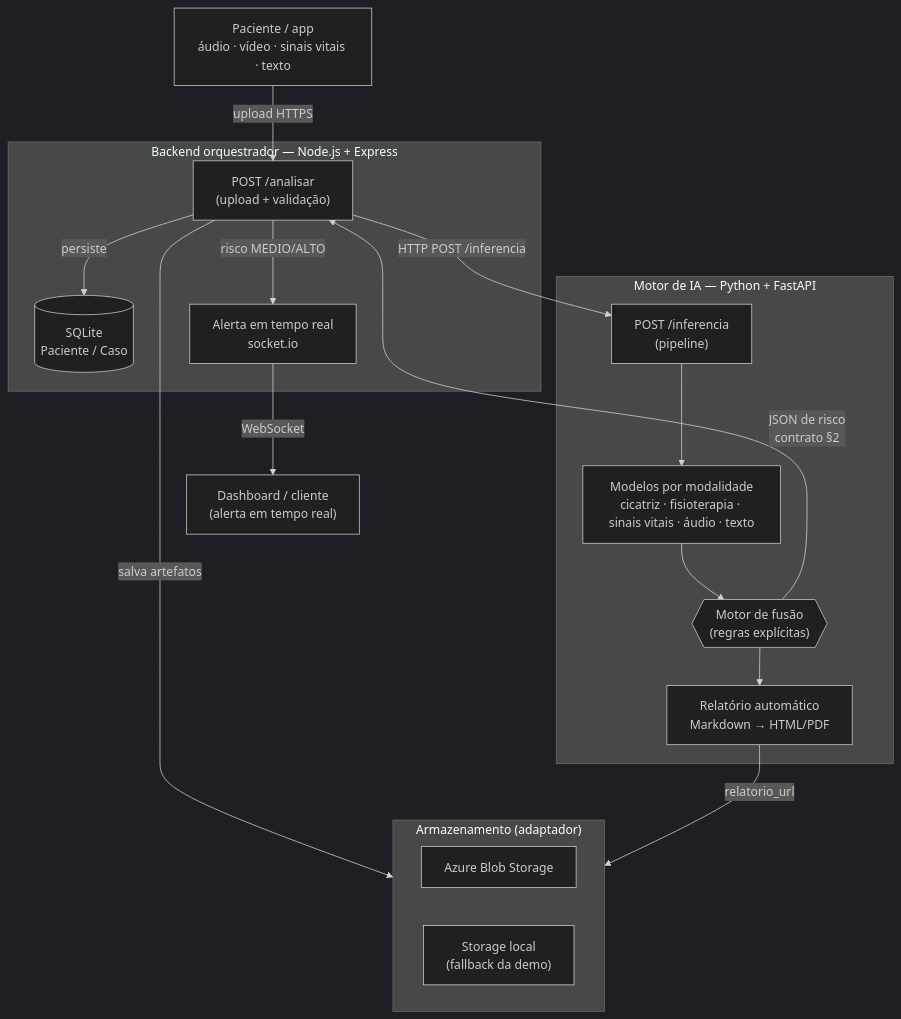
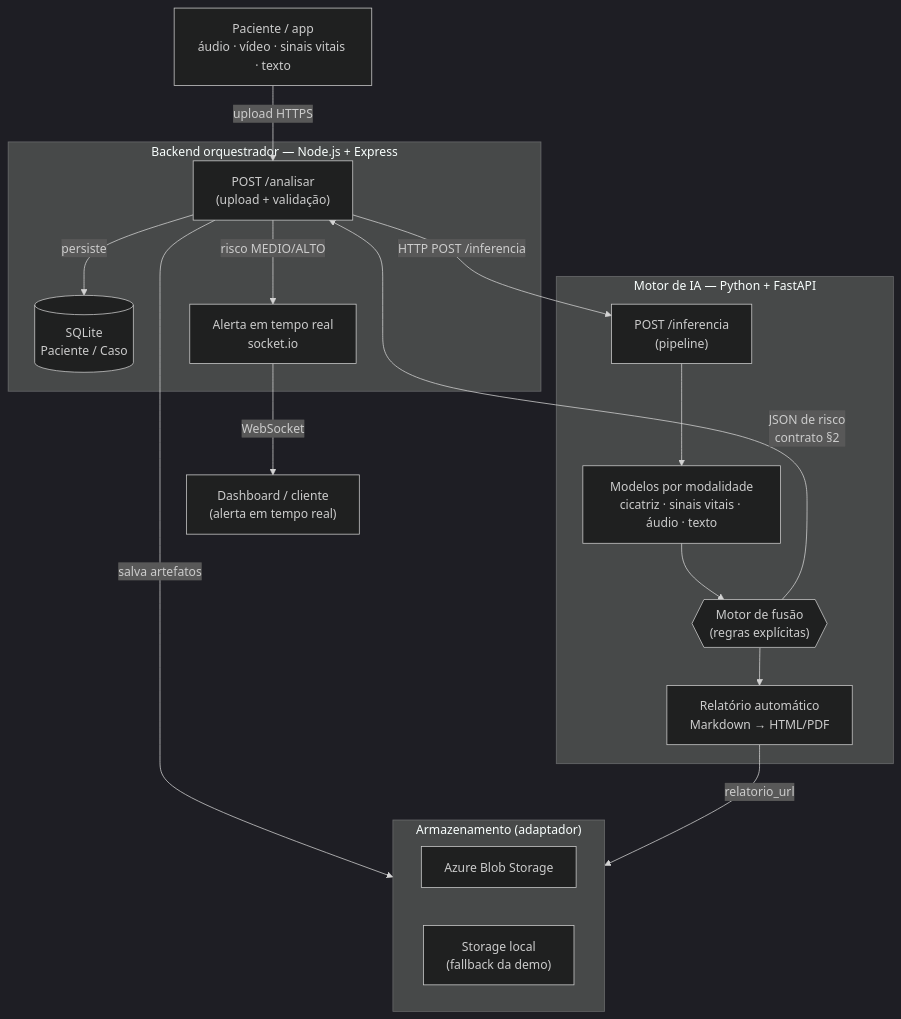
One commit to nurycaroline/8iadt-tc-fase4 changed the diagram in docs/relatorio-tecnico.md. Above: the diagram before and after it, drawn with Mermaid (dark theme). The commit also changed other lines of this file and 60 other files, not shown here.

````diff
--- a/docs/relatorio-tecnico.md
+++ b/docs/relatorio-tecnico.md
@@ -55,32 +55,32 @@
 ```mermaid
 flowchart TD
     P["Paciente / app<br/>áudio · vídeo · sinais vitais · texto"] -->|upload HTTPS| N
 
     subgraph ORQ["Backend orquestrador — Node.js + Express"]
         N["POST /analisar<br/>(upload + validação)"]
         DB[("SQLite<br/>Paciente / Caso")]
         RT["Alerta em tempo real<br/>socket.io"]
     end
 
     subgraph STO["Armazenamento (adaptador)"]
         AZ["Azure Blob Storage"]
         LOC["Storage local<br/>(fallback da demo)"]
     end
 
     subgraph IA["Motor de IA — Python + FastAPI"]
         API["POST /inferencia<br/>(pipeline)"]
-        MODS["Modelos por modalidade<br/>cicatriz · fisioterapia · sinais vitais · áudio · texto"]
+        MODS["Modelos por modalidade<br/>cicatriz · sinais vitais · áudio · texto"]
         FUS{{"Motor de fusão<br/>(regras explícitas)"}}
         REL["Relatório automático<br/>Markdown → HTML/PDF"]
     end
 
     N -->|salva artefatos| STO
     N -->|HTTP POST /inferencia| API
     API --> MODS --> FUS
     FUS --> REL
     FUS -->|JSON de risco<br/>contrato §2| N
     REL -->|relatorio_url| STO
     N -->|persiste| DB
     N -->|risco MEDIO/ALTO| RT
     RT -->|WebSocket| D["Dashboard / cliente<br/>(alerta em tempo real)"]
 ```
````
